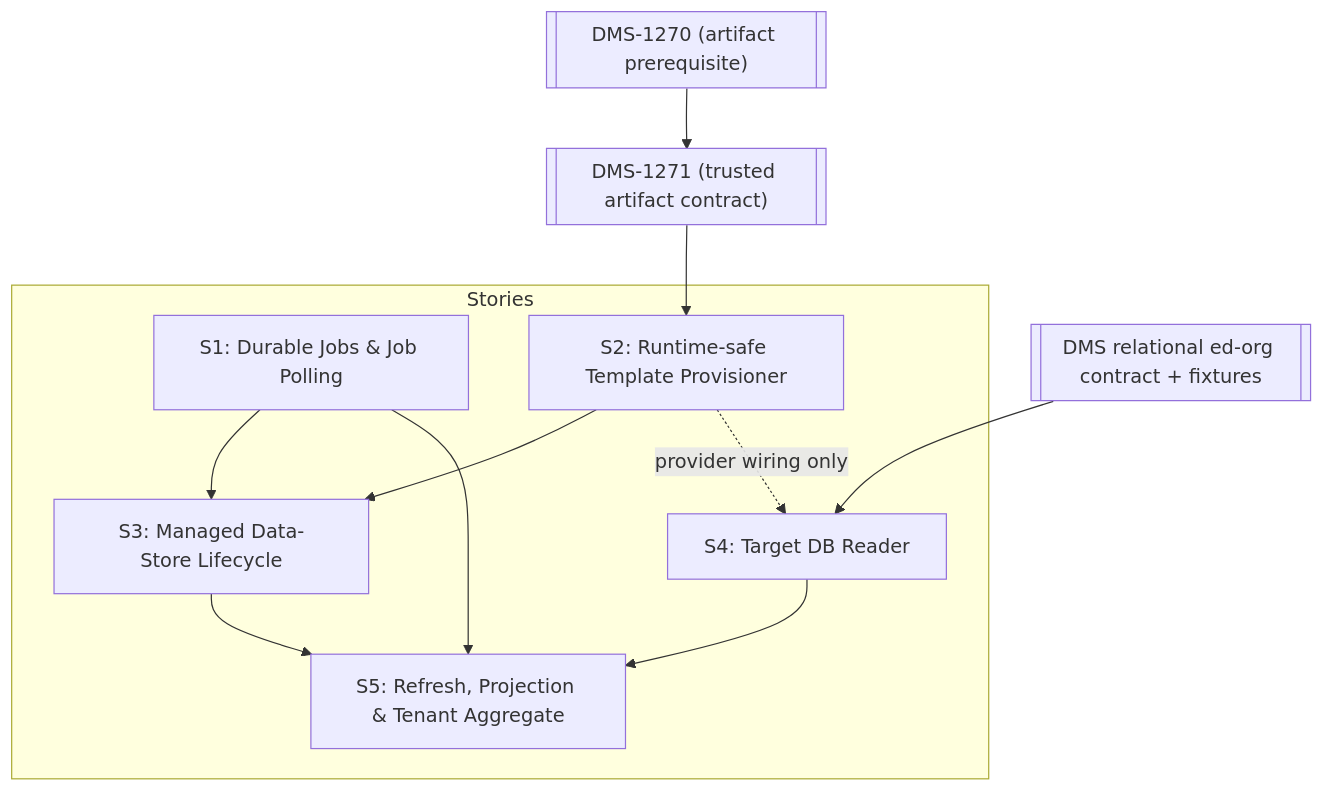
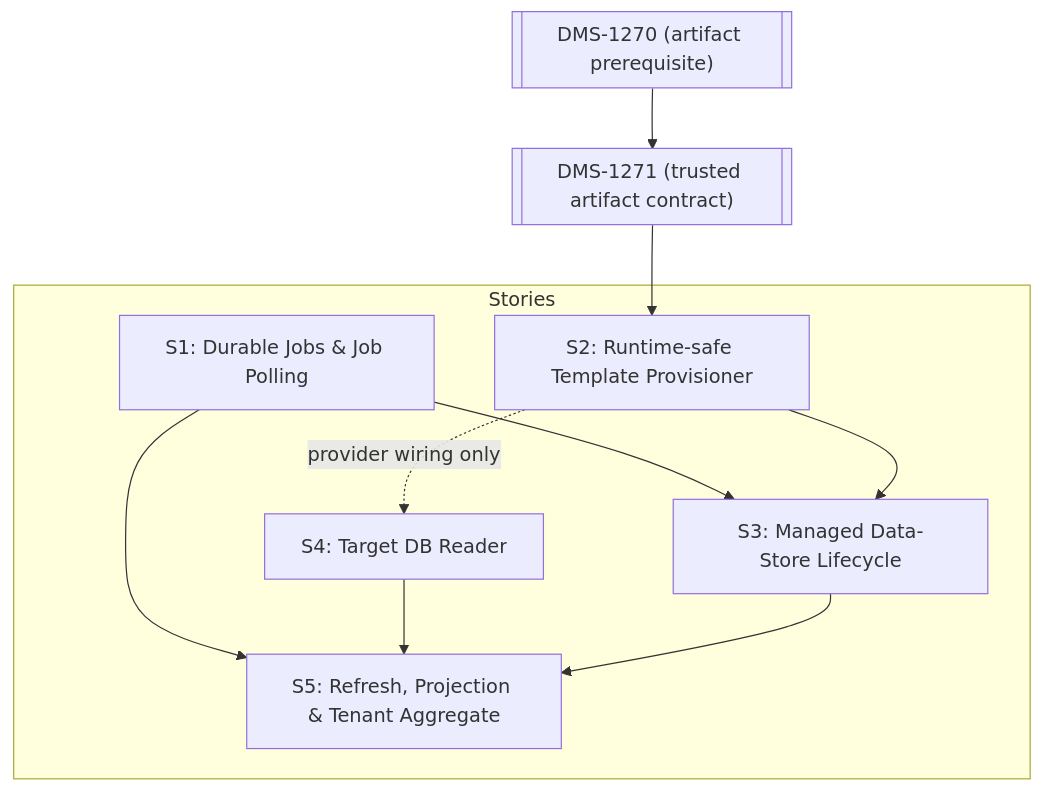
One commit to Ed-Fi-Alliance-OSS/Data-Management-Service changed the diagram in reference/spikes/DMS-1334/candidate-implementation-stories.md. Above: the diagram before and after it, drawn with Mermaid. The commit also changed other lines of this file and 1 other file, not shown here.

````diff
--- a/reference/spikes/DMS-1334/candidate-implementation-stories.md
+++ b/reference/spikes/DMS-1334/candidate-implementation-stories.md
@@ -22,26 +22,24 @@
 ```mermaid
 graph TD
  subgraph Stories
   S1["S1: Durable Jobs & Job Polling"]
   S2["S2: Runtime-safe Template Provisioner"]
   S3["S3: Managed Data-Store Lifecycle"]
   S4["S4: Target DB Reader"]
   S5["S5: Refresh, Projection & Tenant Aggregate"]
  end
 
  %% Dependencies
  S1 --> S3
  S2 --> S3
  S2 -.->|provider wiring only| S4
  S1 --> S5
  S4 --> S5
  S3 --> S5
 
  %% Blockers
  DMS1270[["DMS-1270 (artifact prerequisite)"]]
  DMS1271[["DMS-1271 (trusted artifact contract)"]]
- DMSCONTRACT[["DMS relational ed-org contract + fixtures"]]
  DMS1270 --> DMS1271
  DMS1271 --> S2
- DMSCONTRACT --> S4
 ```
````
